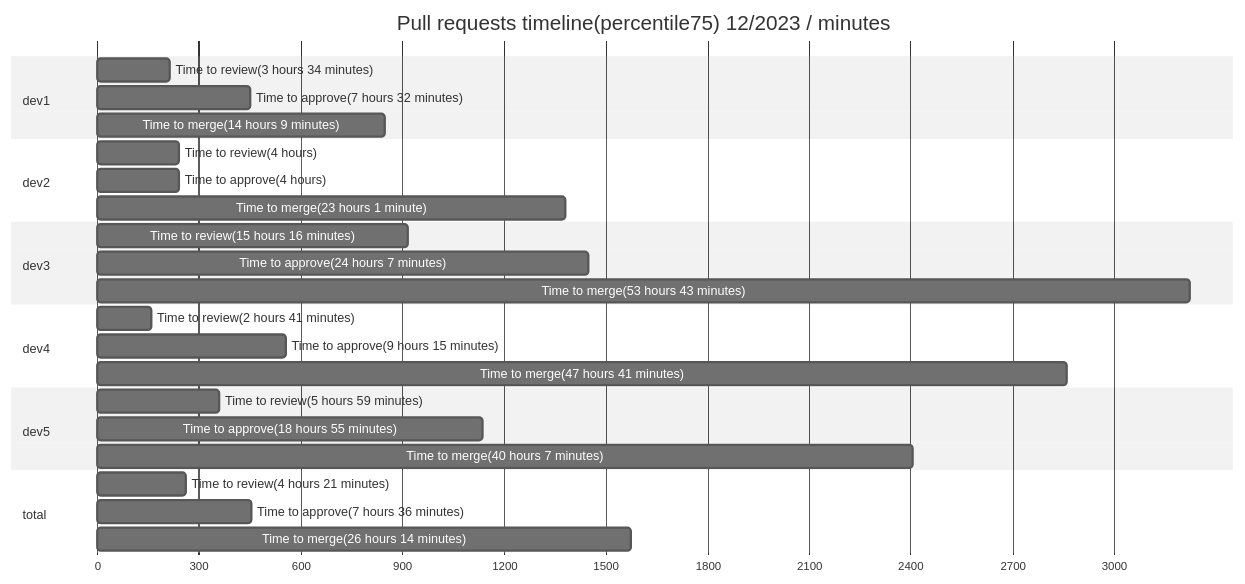
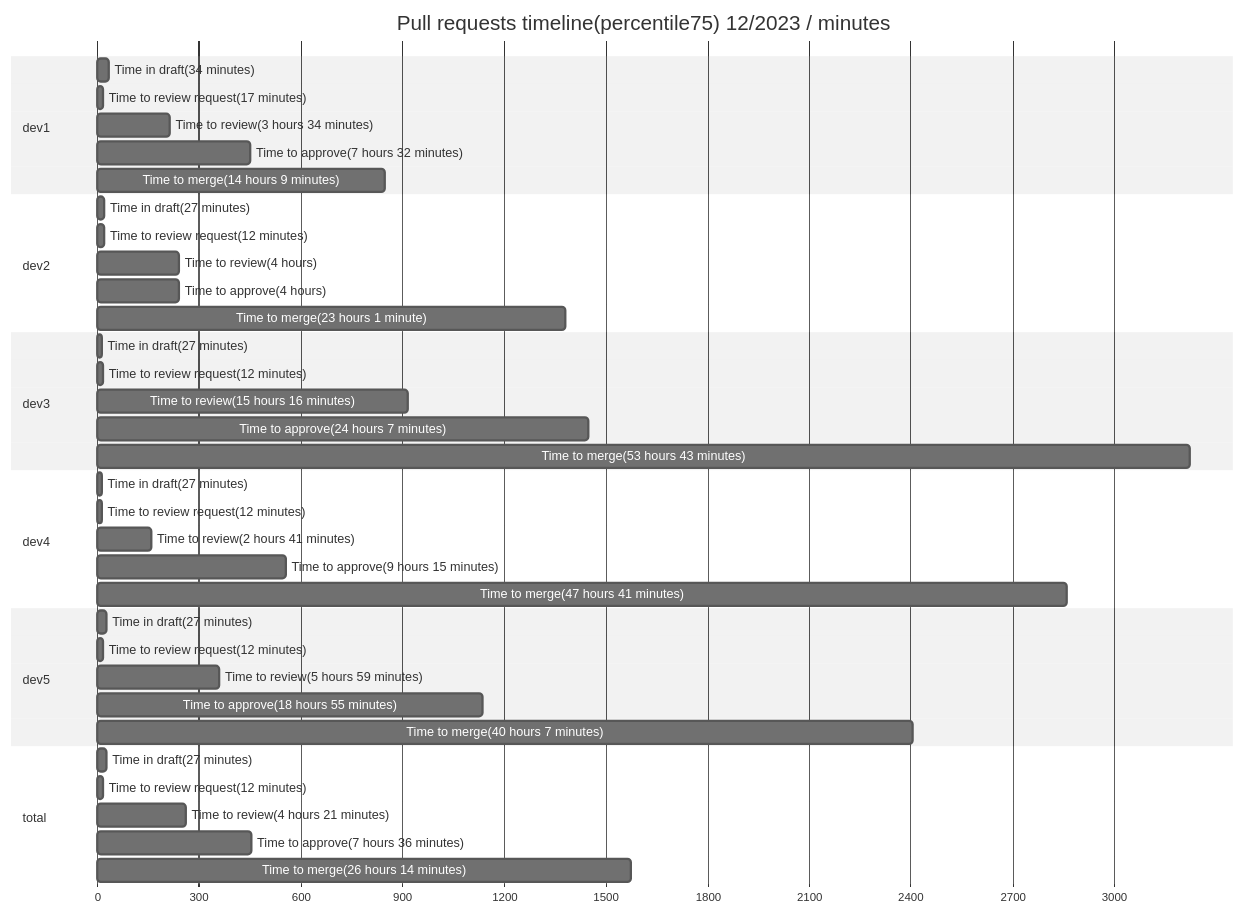
The first of 2 diagrams in README.md (AlexSim93/pull-request-analytics-action), drawn with Mermaid (neutral theme) before and after one commit. The commit also changed other lines of this file and 44 other files, not shown here.

Commit message:
Added time in draft and time to request. Improved percentile and median calculation. Removed deprecated inputs

````diff
--- a/README.md
+++ b/README.md
@@ -36,36 +36,48 @@
 ```mermaid
 gantt
 title Pull requests timeline(percentile75) 12/2023 / minutes
 dateFormat X
 axisFormat %s
 section dev1
+Time in draft(34 minutes) :  0, 34
+Time to review request(17 minutes) :  0, 17
 Time to review(3 hours 34 minutes) :  0, 214
 Time to approve(7 hours 32 minutes) :  0, 452
 Time to merge(14 hours 9 minutes) :  0, 849
 
 section dev2
+Time in draft(27 minutes) :  0, 21
+Time to review request(12 minutes) :  0, 20
 Time to review(4 hours) :  0, 240
 Time to approve(4 hours) :  0, 240
 Time to merge(23 hours 1 minute) :  0, 1381
 
 section dev3
+Time in draft(27 minutes) :  0, 15
+Time to review request(12 minutes) :  0, 18
 Time to review(15 hours 16 minutes) :  0, 916
 Time to approve(24 hours 7 minutes) :  0, 1447
 Time to merge(53 hours 43 minutes) :  0, 3223
 
 section dev4
+Time in draft(27 minutes) :  0, 13
+Time to review request(12 minutes) :  0, 12
 Time to review(2 hours 41 minutes) :  0, 161
 Time to approve(9 hours 15 minutes) :  0, 555
 Time to merge(47 hours 41 minutes) :  0, 2861
 
 section dev5
+Time in draft(27 minutes) :  0, 27
+Time to review request(12 minutes) :  0, 18
 Time to review(5 hours 59 minutes) :  0, 359
 Time to approve(18 hours 55 minutes) :  0, 1135
 Time to merge(40 hours 7 minutes) :  0, 2407
 
 section total
+Time in draft(27 minutes) :  0, 27
+Time to review request(12 minutes) :  0, 18
 Time to review(4 hours 21 minutes) :  0, 261
 Time to approve(7 hours 36 minutes) :  0, 456
 Time to merge(26 hours 14 minutes) :  0, 1574
 
 ```
````
